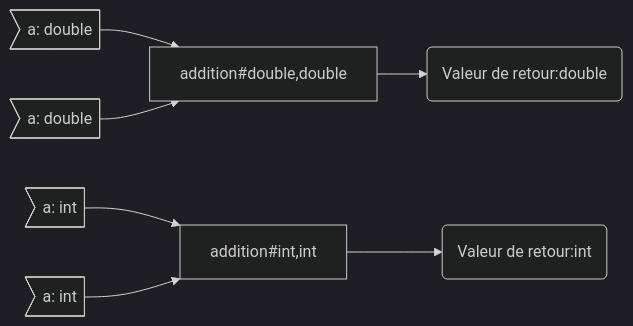
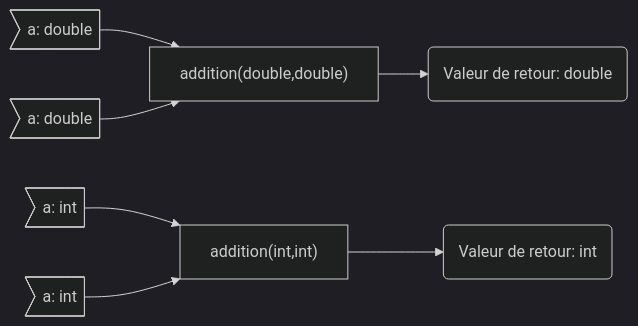
One commit to Altaks/Cours-IUT changed the diagram in DEV/2. Les fonctions/2.3. La surcharge de fonction.md. Above: the diagram before and after it, drawn with Mermaid (dark theme). The commit also changed other lines of this file and 24 other files, not shown here.

````diff
--- a/DEV/2. Les fonctions/2.3. La surcharge de fonction.md
+++ b/DEV/2. Les fonctions/2.3. La surcharge de fonction.md
@@ -32,17 +32,14 @@
 ```mermaid
 graph LR
+    A>"a: double"]-->C["addition(double,double)"]
 
-    A>a: double]-->C[addition#double,double]
+    B>"a: double"]-->C["addition(double,double)"]
 
-    B>a: double]-->C[addition#double,double]
+    C["addition(double,double)"]-->D("Valeur de retour: double")
 
-    C[addition#double,double]-->D(Valeur de retour:double)
+    a>"a: int"]-->c["addition(int,int)"]
 
-  
+    b>"a: int"]-->c["addition(int,int)"]
 
-    a>a: int]-->c[addition#int,int]
-
-    b>a: int]-->c[addition#int,int]
-
-    c[addition#int,int]-->d(Valeur de retour:int)
+    c["addition(int,int)"]-->d("Valeur de retour: int")
 ```
````
